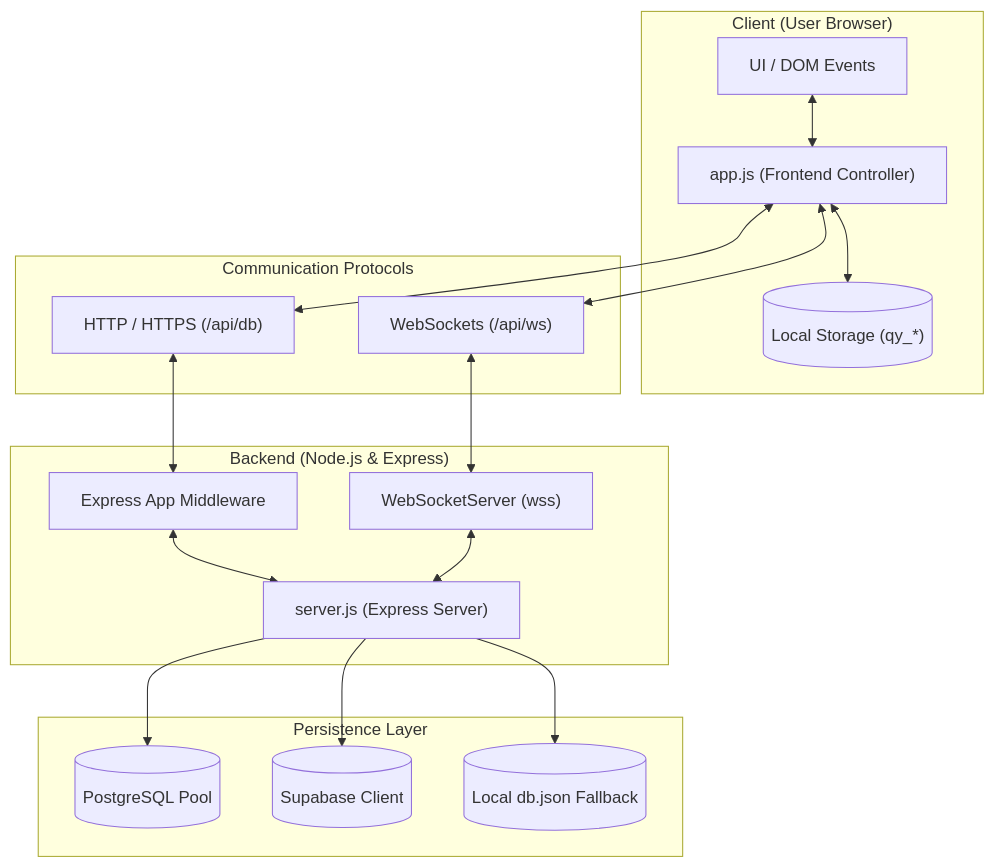
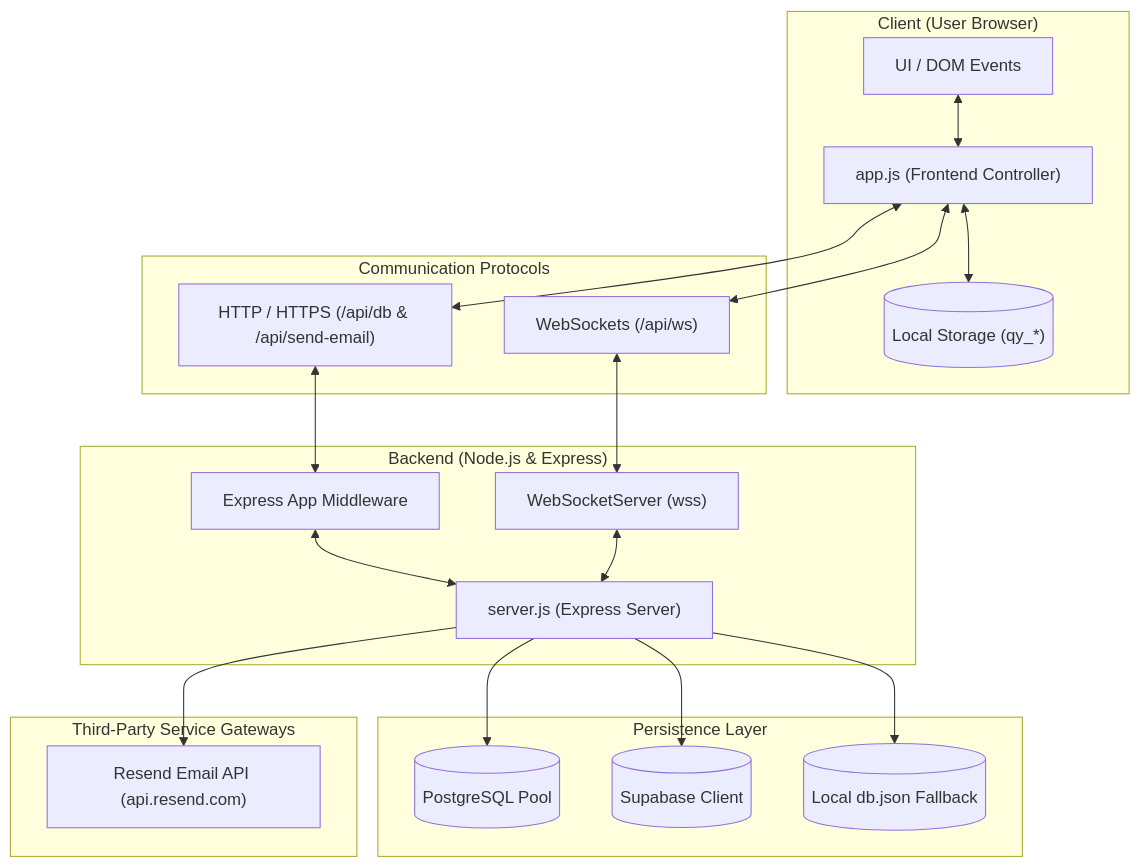
The first of 3 diagrams in wiki/SYSTEM_ARCHITECTURE.md (vivekkbagade/quantumyoga.xyz), drawn with Mermaid before and after one commit. The commit also changed other lines of this file, not shown here.

Commit message:
docs: update system architecture with Resend API gateway and sequence flow

````diff
--- a/wiki/SYSTEM_ARCHITECTURE.md
+++ b/wiki/SYSTEM_ARCHITECTURE.md
@@ -11,42 +11,49 @@
 ```mermaid
 graph TD
     subgraph Client ["Client (User Browser)"]
         UI["UI / DOM Events"]
         App["app.js (Frontend Controller)"]
         LS[("Local Storage (qy_*)")]
     end
 
     subgraph Transport ["Communication Protocols"]
-        HTTP["HTTP / HTTPS (/api/db)"]
+        HTTP["HTTP / HTTPS (/api/db & /api/send-email)"]
         WS["WebSockets (/api/ws)"]
     end
 
     subgraph Server ["Backend (Node.js & Express)"]
         ServerJS["server.js (Express Server)"]
         ExpressApp["Express App Middleware"]
         WSS["WebSocketServer (wss)"]
     end
 
     subgraph Database ["Persistence Layer"]
         PG[(PostgreSQL Pool)]
         Supa[(Supabase Client)]
         JSONDb[(Local db.json Fallback)]
+    end
+
+    subgraph Gateway ["Third-Party Service Gateways"]
+        ResendAPI["Resend Email API (api.resend.com)"]
     end
 
     %% Client Interactions
     UI <--> App
     App <--> LS
 
     %% Transport Connections
     App <--> HTTP
     App <--> WS
     HTTP <--> ExpressApp
     WS <--> WSS
     ExpressApp <--> ServerJS
     WSS <--> ServerJS
 
     %% Server to Database Connections
     ServerJS --> PG
     ServerJS --> Supa
     ServerJS --> JSONDb
+
+    %% Server to Third-Party Gateway Connections
+    ServerJS --> ResendAPI
 ```
````
